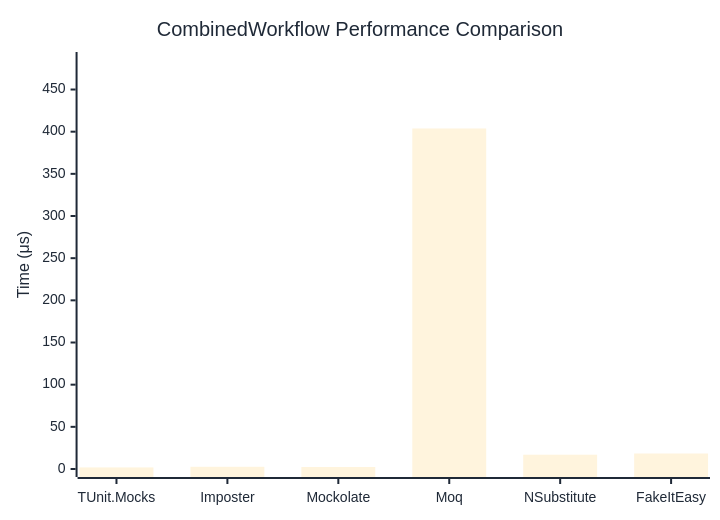
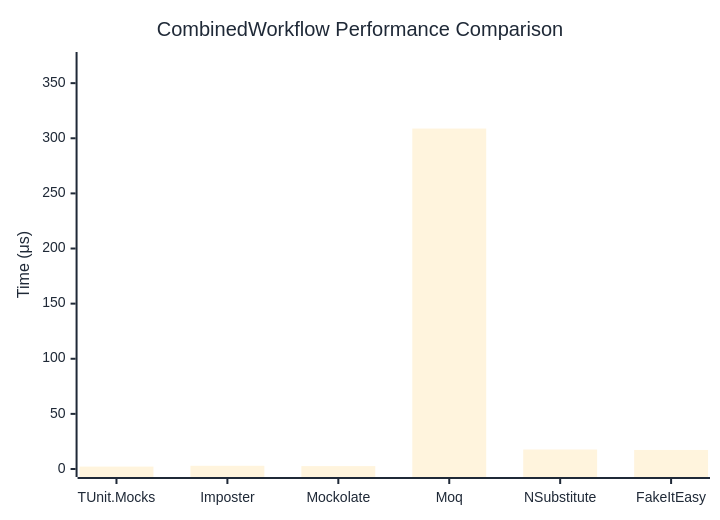
Before and after one commit to thomhurst/TUnit: the diagram in docs/docs/benchmarks/mocks/CombinedWorkflow.md, drawn with Mermaid. The commit also changed other lines of this file and 13 other files, not shown here.

````diff
--- a/docs/docs/benchmarks/mocks/CombinedWorkflow.md
+++ b/docs/docs/benchmarks/mocks/CombinedWorkflow.md
@@ -28,27 +28,27 @@
 ```mermaid
 %%{init: {
   'theme':'base',
   'themeVariables': {
     'primaryColor': '#2563eb',
     'primaryTextColor': '#1f2937',
     'primaryBorderColor': '#1e40af',
     'lineColor': '#6b7280',
     'secondaryColor': '#7c3aed',
     'tertiaryColor': '#dc2626',
     'background': '#ffffff',
     'pie1': '#2563eb',
     'pie2': '#7c3aed',
     'pie3': '#dc2626',
     'pie4': '#f59e0b',
     'pie5': '#10b981',
     'pie6': '#06b6d4',
     'pie7': '#ec4899',
     'pie8': '#6366f1'
   }
 }}%%
 xychart-beta
   title "CombinedWorkflow Performance Comparison"
   x-axis ["TUnit.Mocks", "Imposter", "Mockolate", "Moq", "NSubstitute", "FakeItEasy"]
-  y-axis "Time (μs)" 0 --> 485
-  bar [1.864, 2.623, 2.346, 403.794, 16.942, 18.39]
+  y-axis "Time (μs)" 0 --> 371
+  bar [2.179, 2.913, 2.639, 308.816, 17.691, 17.275]
 ```
````
